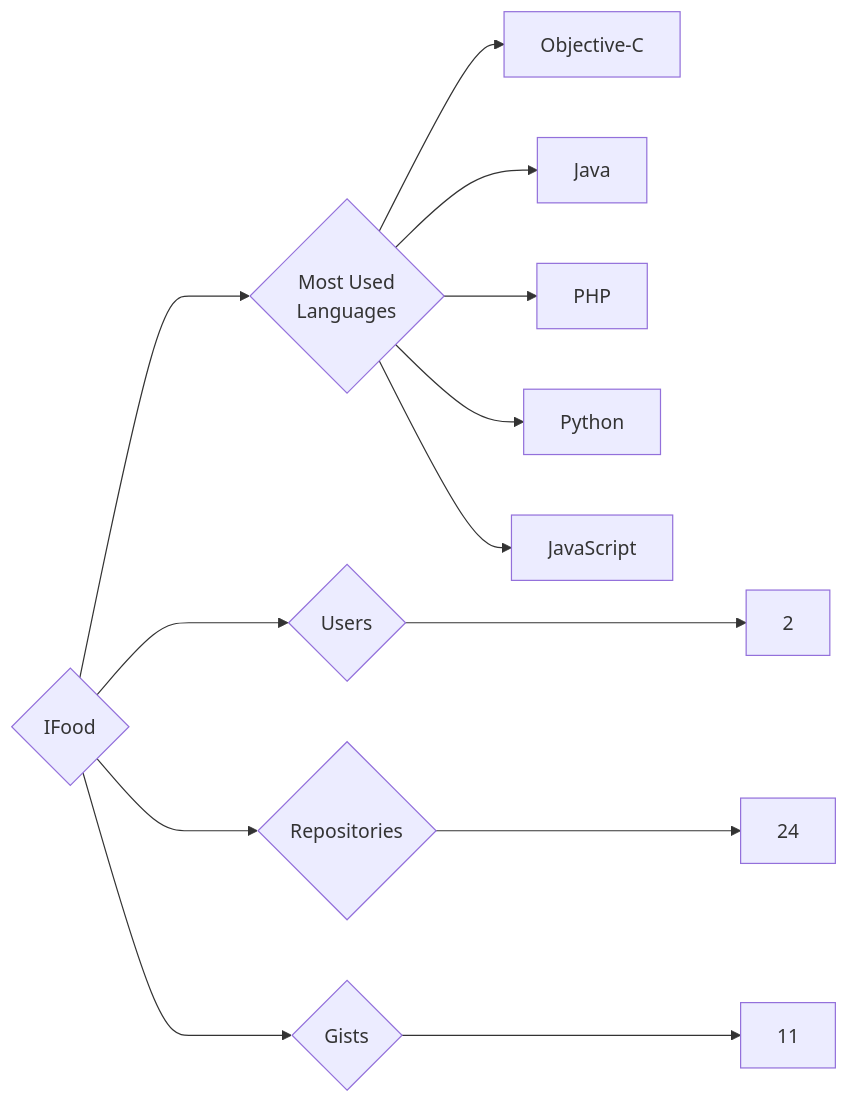
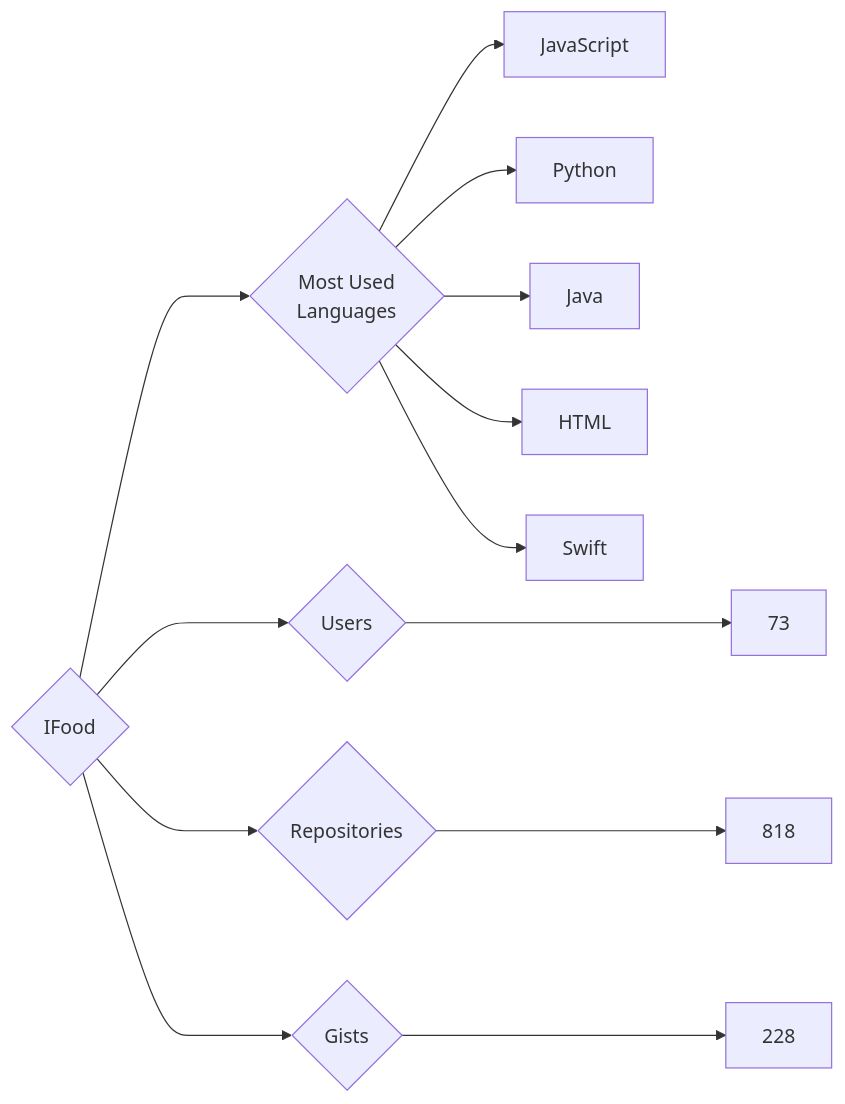
The diagram in targets/IFood/README.md (trickest/insiders), drawn with Mermaid before and after one commit. The commit also changed 930 other files, not shown here.

````diff
--- a/targets/IFood/README.md
+++ b/targets/IFood/README.md
@@ -3,13 +3,13 @@
 ```mermaid
 graph LR
 COMPANY_NAME{IFood}
-COMPANY_NAME ---> U{Users} ---> UN[2]
-COMPANY_NAME ---> R{Repositories} ---> RN[24]
-COMPANY_NAME ---> G{Gists} ---> GN[11]
+COMPANY_NAME ---> U{Users} ---> UN[73]
+COMPANY_NAME ---> R{Repositories} ---> RN[818]
+COMPANY_NAME ---> G{Gists} ---> GN[228]
 COMPANY_NAME ---> ML{Most Used<br>Languages}
-ML --> Objective-C[Objective-C]
+ML --> JavaScript[JavaScript]
+ML --> Python[Python]
 ML --> Java[Java]
-ML --> PHP[PHP]
-ML --> Python[Python]
-ML --> JavaScript[JavaScript]
+ML --> HTML[HTML]
+ML --> Swift[Swift]
 ```
````
